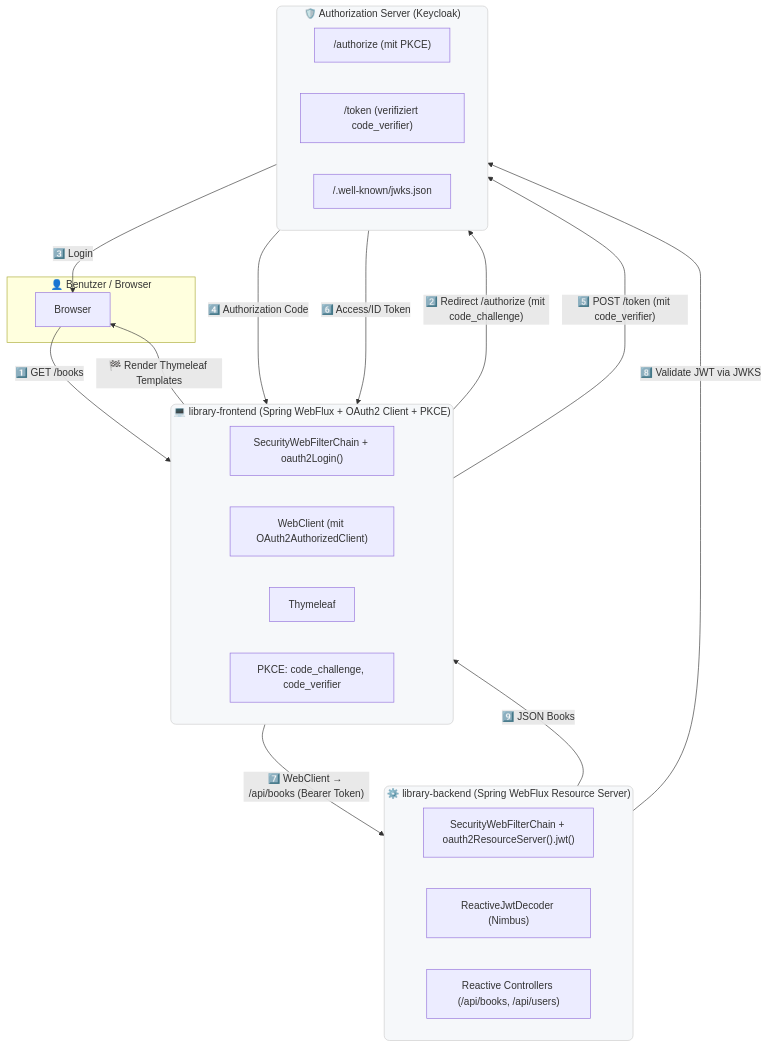
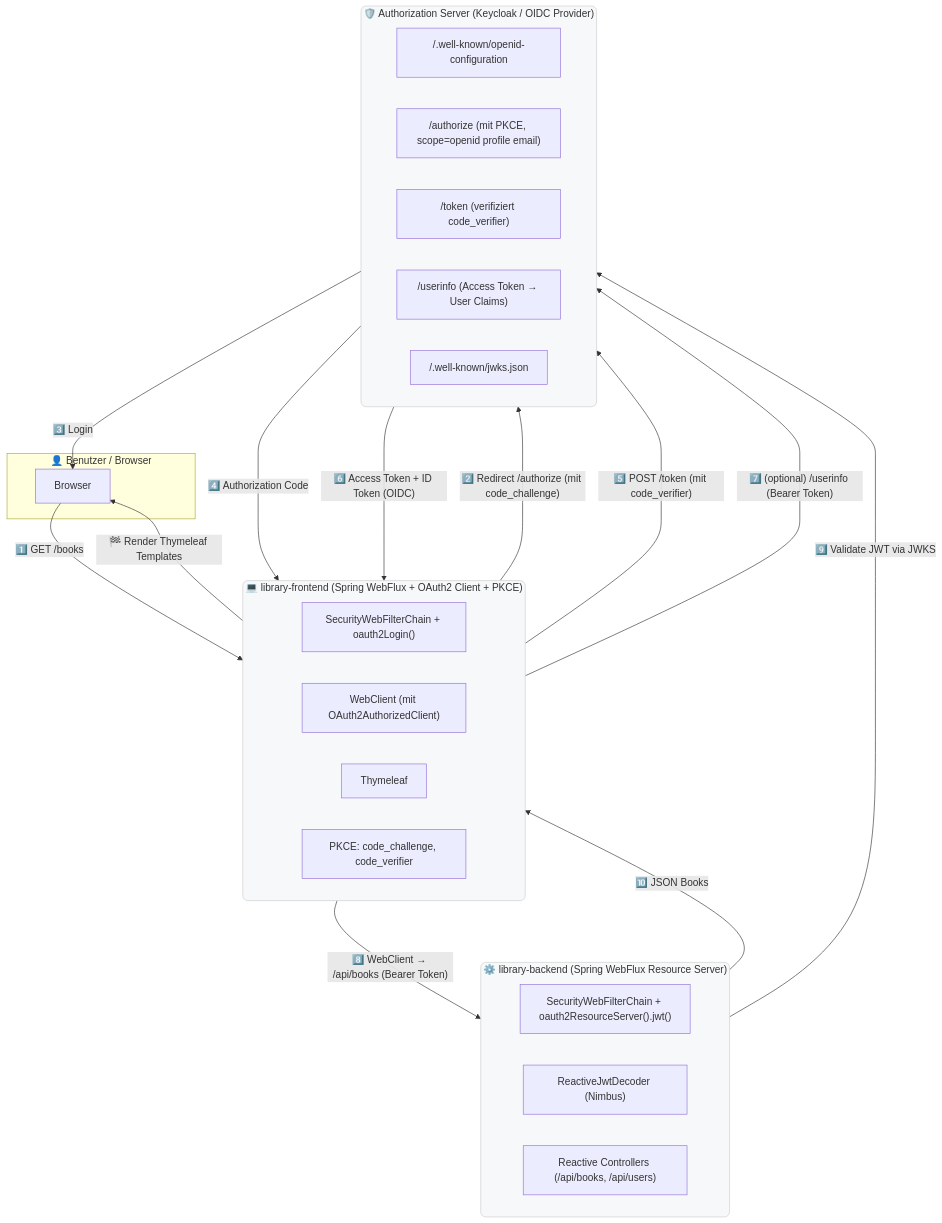
Before and after one commit to kergru/library-reactive: the diagram in README.md, drawn with Mermaid.

Commit message:
documentation

````diff
--- a/README.md
+++ b/README.md
@@ -43,47 +43,51 @@
 ```mermaid
 flowchart TB
 %% --- FRONTEND ---
     subgraph FRONTEND["💻 library-frontend (Spring WebFlux + OAuth2 Client + PKCE)"]
         F1["SecurityWebFilterChain + oauth2Login()"]
         F2["WebClient (mit OAuth2AuthorizedClient)"]
         F3["Thymeleaf"]
         F4["PKCE: code_challenge, code_verifier"]
     end
 
 %% --- BACKEND ---
     subgraph BACKEND["⚙️ library-backend (Spring WebFlux Resource Server)"]
         B1["SecurityWebFilterChain + oauth2ResourceServer().jwt()"]
         B2["ReactiveJwtDecoder (Nimbus)"]
         B3["Reactive Controllers (/api/books, /api/users)"]
     end
 
 %% --- AUTH SERVER ---
-    subgraph AUTH["🛡️ Authorization Server (Keycloak)"]
-        A1["/authorize (mit PKCE)"]
+    subgraph AUTH["🛡️ Authorization Server (Keycloak / OIDC Provider)"]
+        A0["/.well-known/openid-configuration"]
+        A1["/authorize (mit PKCE, scope=openid profile email)"]
         A2["/token (verifiziert code_verifier)"]
-        A3["/.well-known/jwks.json"]
+        A3["/userinfo (Access Token → User Claims)"]
+        A4["/.well-known/jwks.json"]
     end
 
 %% --- USER ---
     subgraph USER["👤 Benutzer / Browser"]
         U1["Browser"]
     end
 
 %% --- FLOWS ---
     U1 -->|"1️⃣ GET /books"| FRONTEND
     FRONTEND -->|"2️⃣ Redirect /authorize (mit code_challenge)"| AUTH
     AUTH -->|"3️⃣ Login"| U1
     AUTH -->|"4️⃣ Authorization Code"| FRONTEND
     FRONTEND -->|"5️⃣ POST /token (mit code_verifier)"| AUTH
-    AUTH -->|"6️⃣ Access/ID Token"| FRONTEND
-    FRONTEND -->|"7️⃣ WebClient → /api/books (Bearer Token)"| BACKEND
-    BACKEND -->|"8️⃣ Validate JWT via JWKS"| AUTH
-    BACKEND -->|"9️⃣ JSON Books"| FRONTEND
+    AUTH -->|"6️⃣ Access Token + ID Token (OIDC)"| FRONTEND
+    FRONTEND -->|"7️⃣ (optional) /userinfo (Bearer Token)"| AUTH
+    FRONTEND -->|"8️⃣ WebClient → /api/books (Bearer Token)"| BACKEND
+    BACKEND -->|"9️⃣ Validate JWT via JWKS"| AUTH
+    BACKEND -->|"🔟 JSON Books"| FRONTEND
     FRONTEND -->|"🏁 Render Thymeleaf Templates"| U1
 
 %% --- STYLING ---
     classDef comp fill:#f6f8fa,stroke:#ccc,stroke-width:1px,rx:8px,ry:8px;
     class FRONTEND comp;
     class BACKEND comp;
     class AUTH comp;
+
 ```
````
